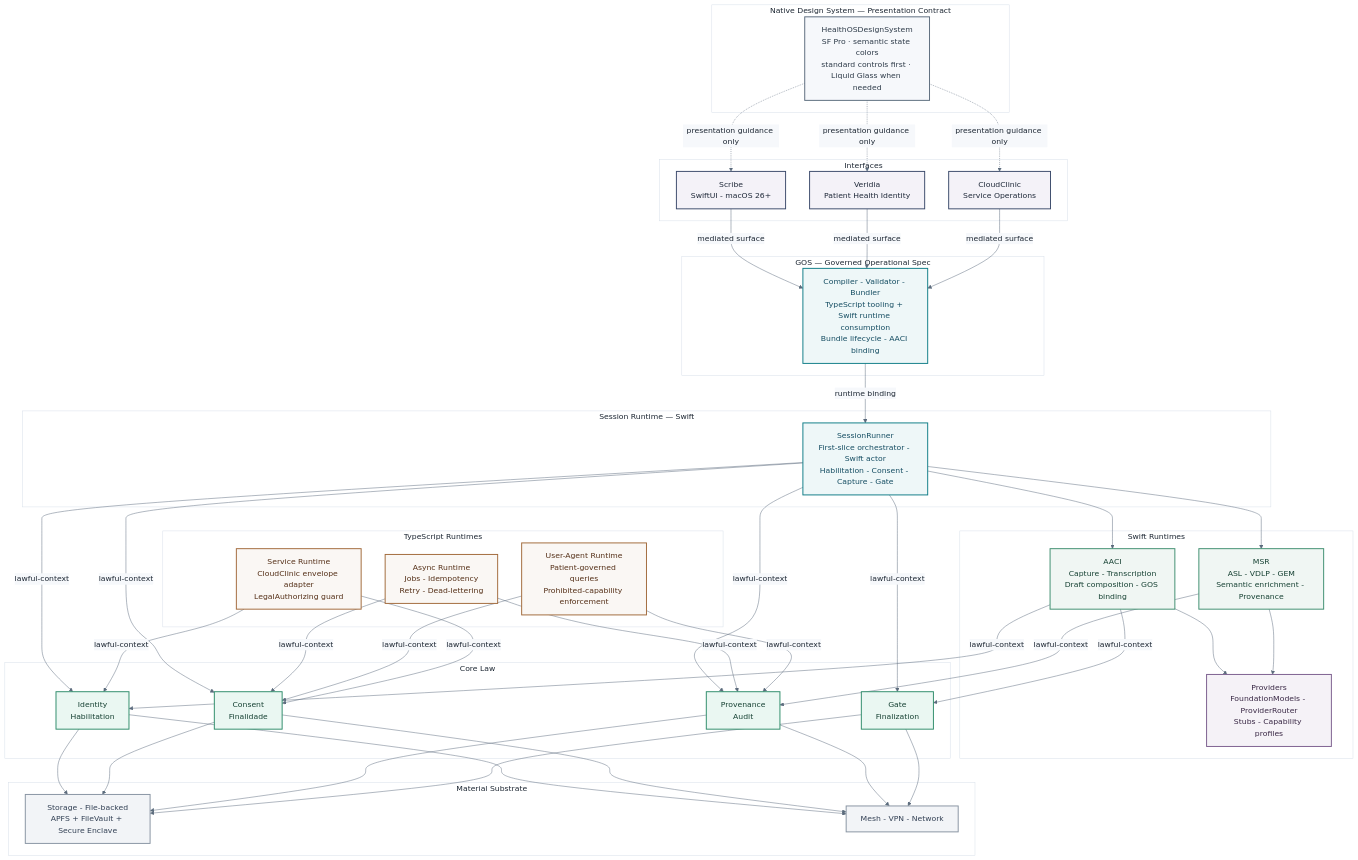
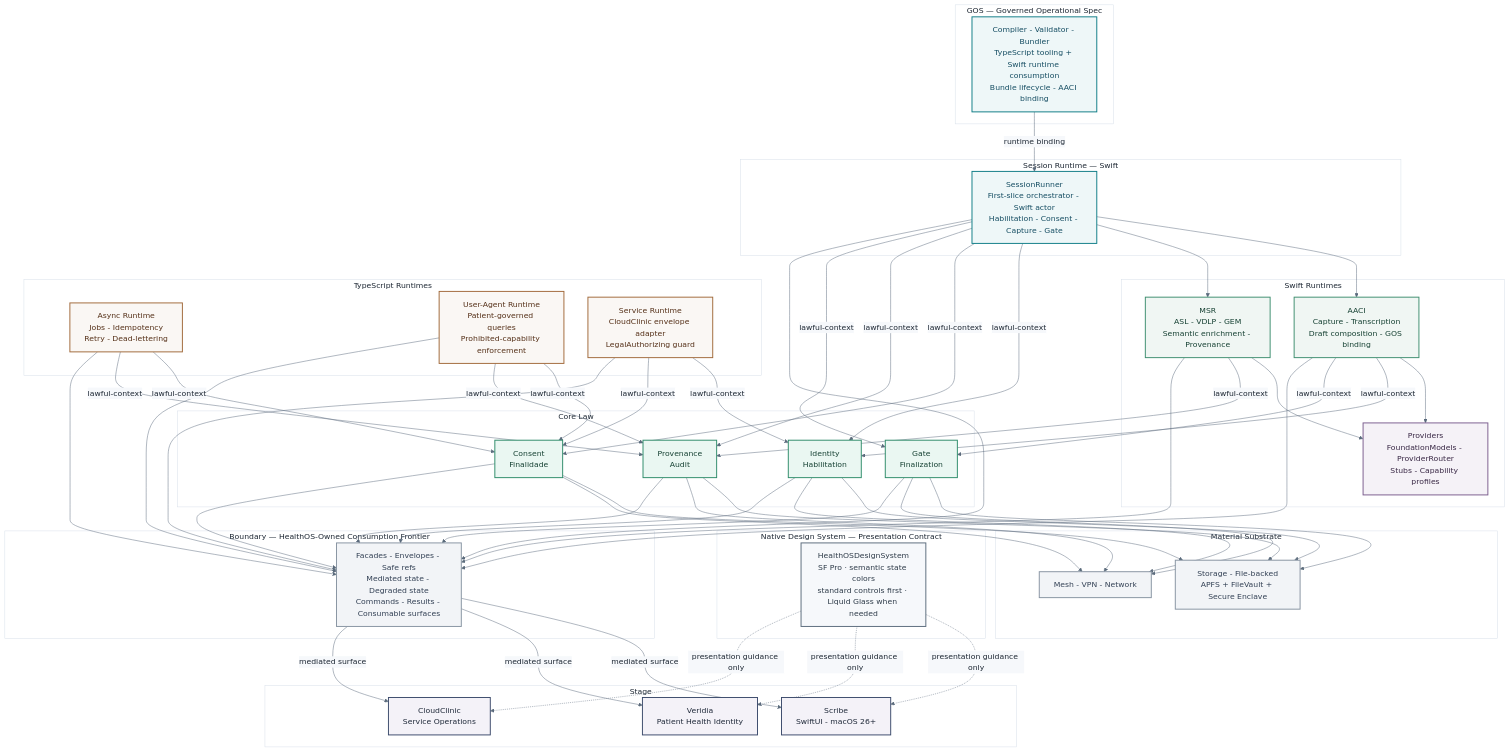
One commit to myselfgus/HealthOScaffold changed the second of 12 diagrams in README.md. Above: the diagram before and after it, drawn with Mermaid. The commit also changed other lines of this file and 75 other files, not shown here.

```diff
--- a/README.md
+++ b/README.md
@@ -106,7 +109,7 @@
     classDef core     fill:#EAF7F2,stroke:#2E8C6A,stroke-width:2px,color:#174234
     classDef substrate fill:#F2F4F7,stroke:#8793A1,stroke-width:2px,color:#334155
 
-    subgraph IFACE["  Interfaces  "]
+    subgraph STAGE_L["  Stage  "]
         SC[Scribe\nSwiftUI - macOS 26+]
         SO[Veridia\nPatient Health Identity]
         CC[CloudClinic\nService Operations]
@@ -118,6 +121,10 @@
 
     subgraph GOS_L["  GOS — Governed Operational Spec  "]
         GOS[Compiler - Validator - Bundler\nTypeScript tooling + Swift runtime consumption\nBundle lifecycle - AACI binding]
+    end
+
+    subgraph BOUND_L["  Boundary — HealthOS-Owned Consumption Frontier  "]
+        BND[Facades - Envelopes - Safe refs\nMediated state - Degraded state\nCommands - Results - Consumable surfaces]
     end
 
     subgraph SRT_L["  Session Runtime — Swift  "]
@@ -151,9 +158,9 @@
     DS -. presentation guidance only .-> SC
     DS -. presentation guidance only .-> SO
     DS -. presentation guidance only .-> CC
-    SC -->|mediated surface| GOS
-    SO -->|mediated surface| GOS
-    CC -->|mediated surface| GOS
+    BND -->|mediated surface| SC
+    BND -->|mediated surface| SO
+    BND -->|mediated surface| CC
     GOS -->|runtime binding| SR
     SR --> AACI
     SR --> MSR
@@ -180,8 +187,19 @@
     PR --> NE
     GA --> ST
     GA --> NE
+    ID --> BND
+    CO --> BND
+    PR --> BND
+    GA --> BND
+    SR --> BND
+    AACI --> BND
+    MSR --> BND
+    ASYNC --> BND
+    UA --> BND
+    SVC --> BND
 
     class SC,SO,CC iface
+    class BND substrate
     class DS design
     class GOS gos
     class SR session
```
